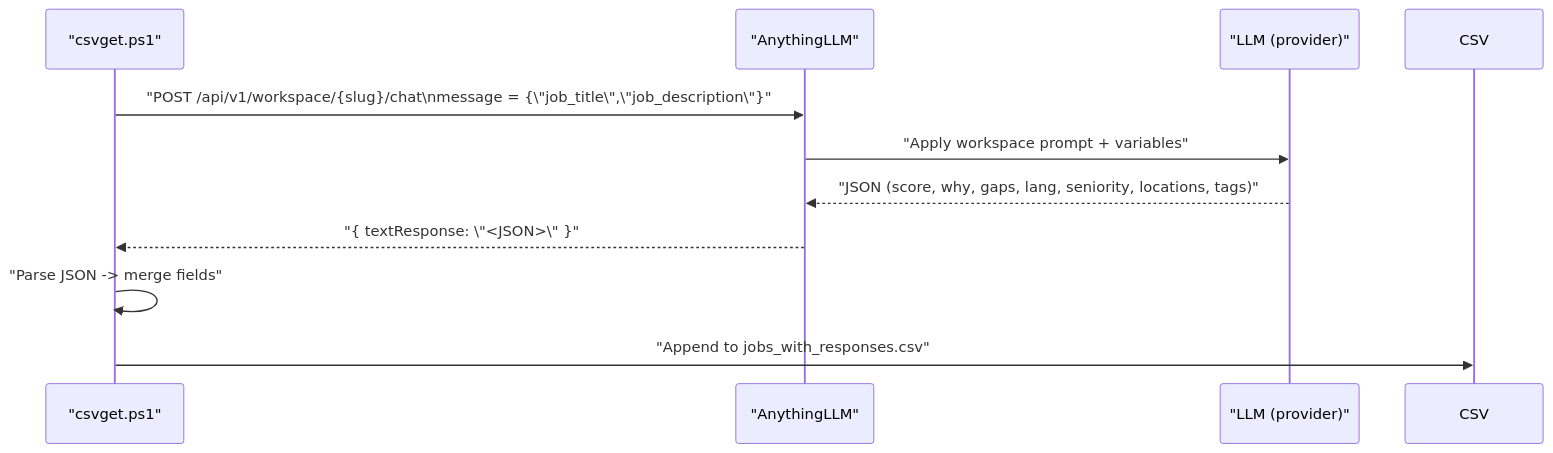
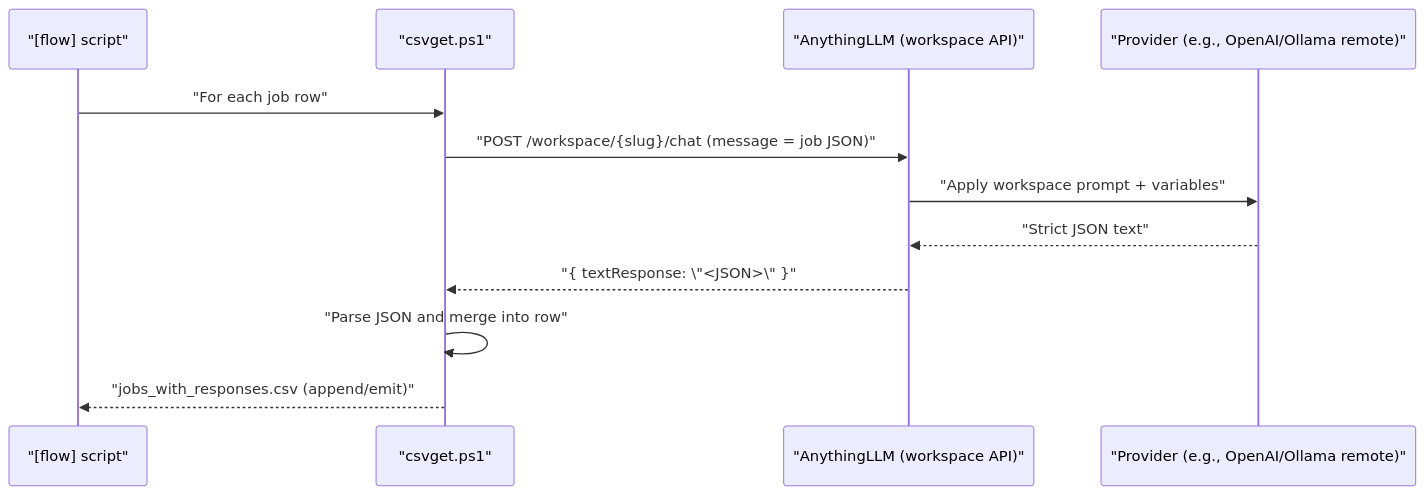
One commit to drjp81/jobanalyzer changed the second of 3 diagrams in README.md. Above: the diagram before and after it, drawn with Mermaid. The commit also changed other lines of this file and 8 other files, not shown here.

````diff
--- a/README.md
+++ b/README.md
@@ -91,13 +111,15 @@
 ```mermaid
 sequenceDiagram
+  participant Flow as "[flow] script"
   participant Eval as "csvget.ps1"
-  participant A as "AnythingLLM"
-  participant L as "LLM (provider)"
+  participant A as "AnythingLLM (workspace API)"
+  participant Prov as "Provider (e.g., OpenAI/Ollama remote)"
 
-  Eval->>A: "POST /api/v1/workspace/{slug}/chat\nmessage = {\"job_title\",\"job_description\"}"
-  A->>L: "Apply workspace prompt + variables"
-  L-->>A: "JSON (score, why, gaps, lang, seniority, locations, tags)"
+  Flow->>Eval: "For each job row"
+  Eval->>A: "POST /workspace/{slug}/chat (message = job JSON)"
+  A->>Prov: "Apply workspace prompt + variables"
+  Prov-->>A: "Strict JSON text"
   A-->>Eval: "{ textResponse: \"<JSON>\" }"
-  Eval->>Eval: "Parse JSON -> merge fields"
-  Eval->>CSV: "Append to jobs_with_responses.csv"
+  Eval->>Eval: "Parse JSON and merge into row"
+  Eval-->>Flow: "jobs_with_responses.csv (append/emit)"
 ```
````
